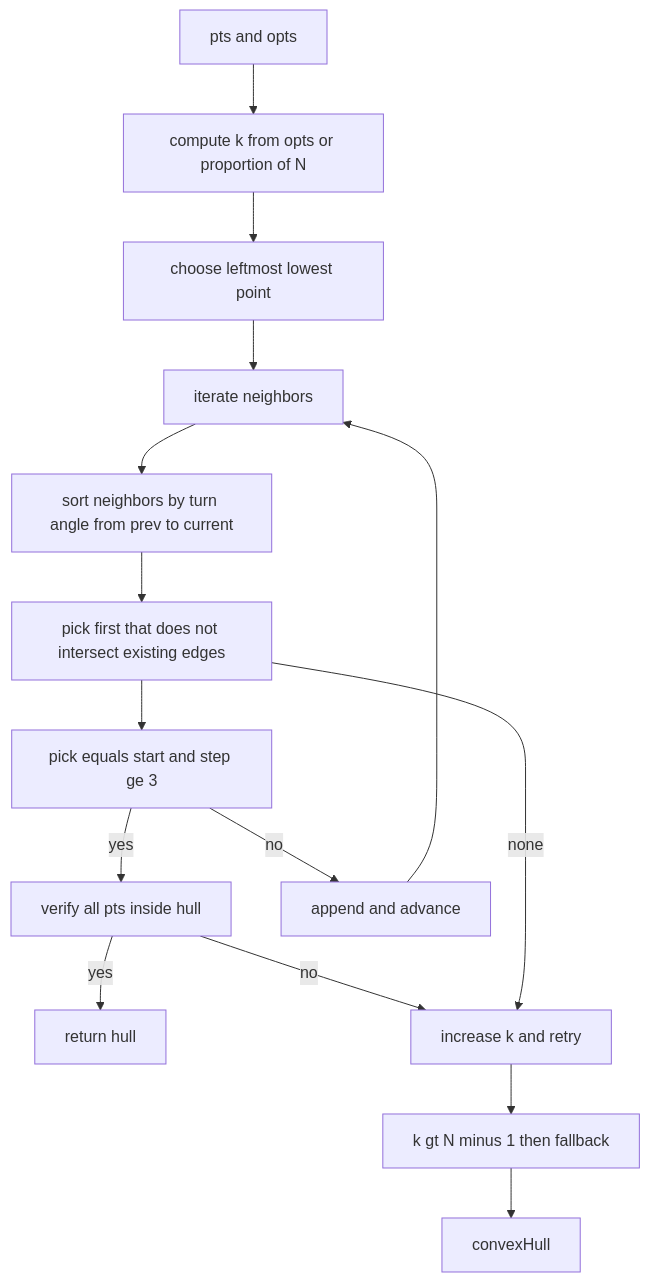
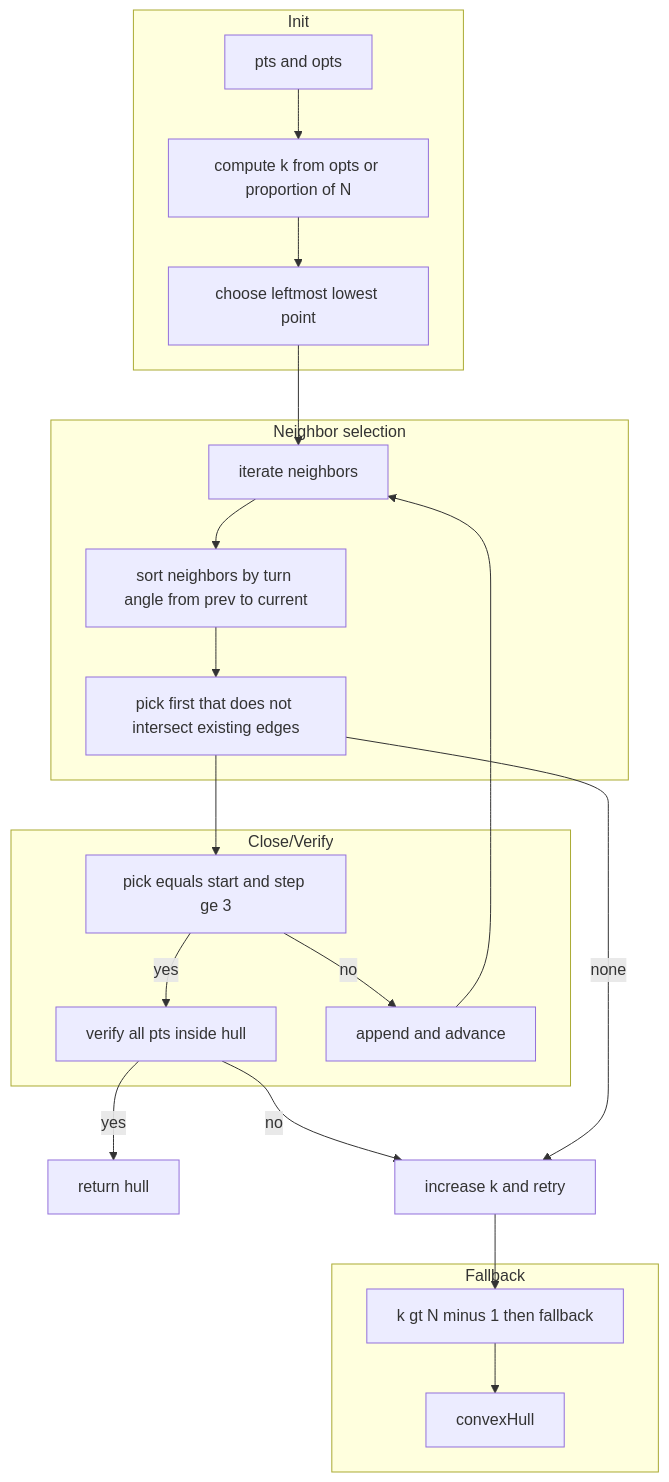
Before and after one commit to Gh0st352/AETHR: the first of 6 diagrams in docs/poly/hulls_densify_and_gaps.md, drawn with Mermaid. The commit also changed other lines of this file and 9 other files, not shown here.

First line of the commit message:
docs(poly): improve README headings and mermaid diagrams

````diff
--- a/docs/poly/hulls_densify_and_gaps.md
+++ b/docs/poly/hulls_densify_and_gaps.md
@@ -21,17 +21,44 @@
 ```mermaid
+%% shared theme: docs/_mermaid/theme.json %%
 flowchart TD
   IN[pts and opts] --> K[compute k from opts or proportion of N]
   K --> START[choose leftmost lowest point]
   START --> LOOP[iterate neighbors]
   LOOP --> ORDER[sort neighbors by turn angle from prev to current]
   ORDER --> PICK[pick first that does not intersect existing edges]
   PICK --> CLOSE[pick equals start and step ge 3]
   CLOSE -->|yes| VERIFY[verify all pts inside hull]
   VERIFY -->|yes| OUT[return hull]
   VERIFY -->|no| INC[increase k and retry]
   CLOSE -->|no| ADV[append and advance]
   ADV --> LOOP
   PICK -->|none| INC
   INC --> FAIL[k gt N minus 1 then fallback]
   FAIL --> CH[convexHull]
+
+  subgraph "Init"
+    IN
+    K
+    START
+  end
+  subgraph "Neighbor selection"
+    LOOP
+    ORDER
+    PICK
+  end
+  subgraph "Close/Verify"
+    CLOSE
+    VERIFY
+    ADV
+  end
+  subgraph "Fallback"
+    FAIL
+    CH
+  end
+
+  class IN class_io;
+  class K,START,LOOP,ORDER,PICK,ADV,INC class_step;
+  class CLOSE,VERIFY,FAIL class_decision;
+  class OUT class_result;
+  class CH class_compute;
 ```
````
